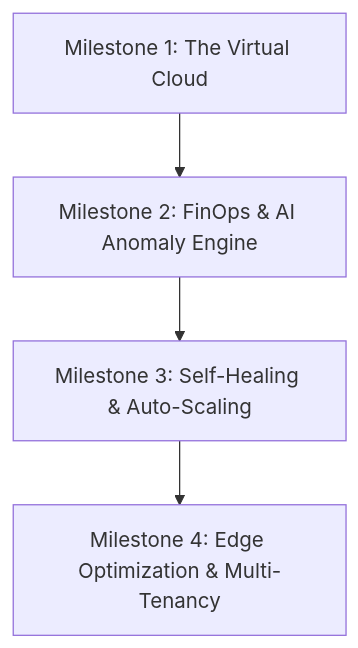
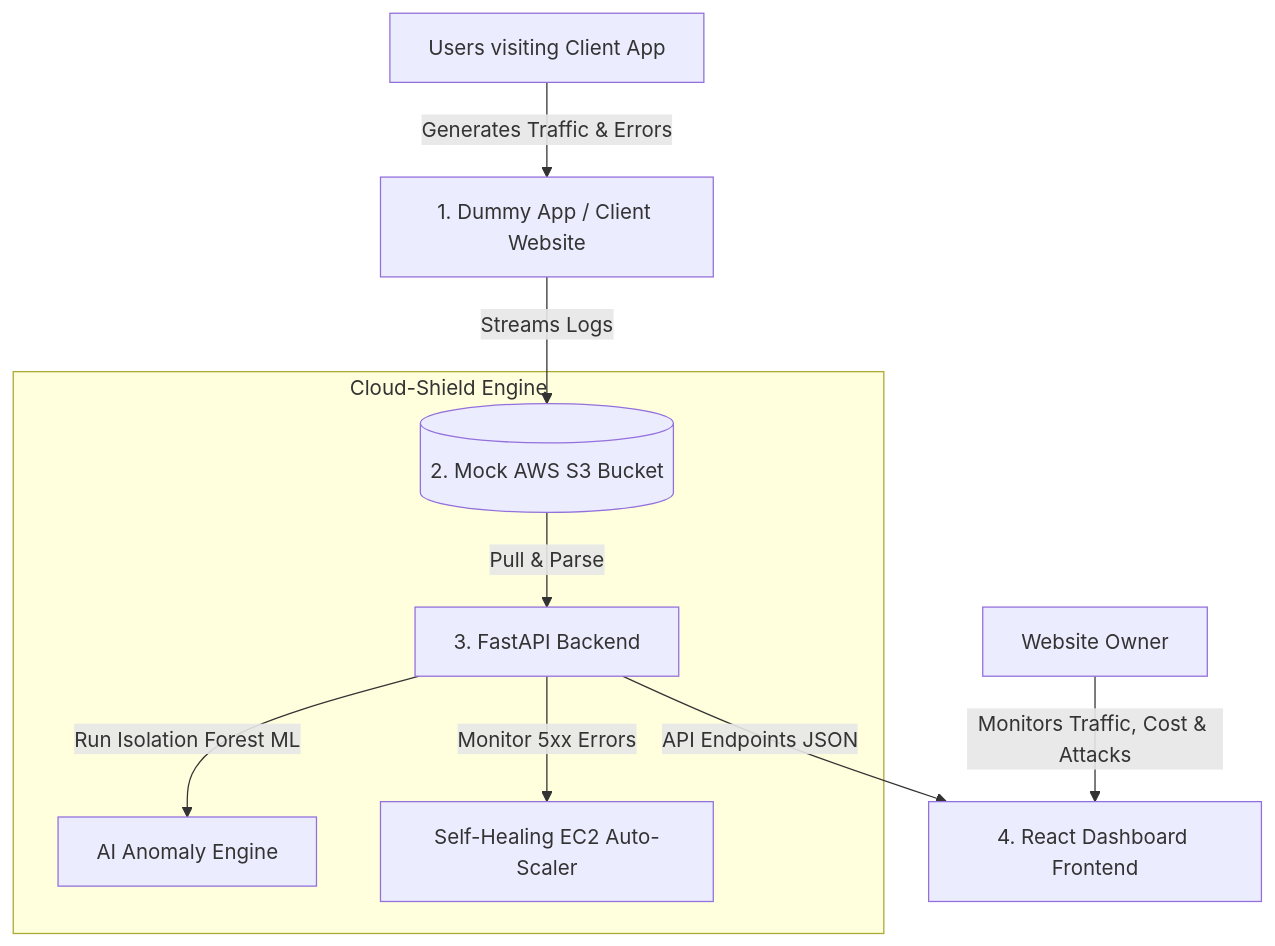
The diagram in README.md (sahilgodage05-debug/cloud-shield-ai), drawn with Mermaid before and after one commit. The commit also changed other lines of this file and 2 other files, not shown here.

Commit message:
Update architecture to SaaS with FastAPI and React dashboard, mock S3 integration

````diff
--- a/README.md
+++ b/README.md
@@ -19,6 +10,14 @@
 ```mermaid
 graph TD
-    M1[Milestone 1: The Virtual Cloud] --> M2[Milestone 2: FinOps & AI Anomaly Engine]
-    M2 --> M3[Milestone 3: Self-Healing & Auto-Scaling]
-    M3 --> M4[Milestone 4: Edge Optimization & Multi-Tenancy]
+    User[Users visiting Client App] -->|Generates Traffic & Errors| ClientApp[1. Dummy App / Client Website]
+    ClientApp -->|Streams Logs| VirtualS3[(2. Mock AWS S3 Bucket)]
+    
+    subgraph Cloud-Shield Engine
+        VirtualS3 -->|Pull & Parse| Backend[3. FastAPI Backend]
+        Backend -->|Run Isolation Forest ML| ML[AI Anomaly Engine]
+        Backend -->|Monitor 5xx Errors| AutoScale[Self-Healing EC2 Auto-Scaler]
+    end
+
+    Backend -->|API Endpoints JSON| Dashboard[4. React Dashboard Frontend]
+    Owner[Website Owner] -->|Monitors Traffic, Cost & Attacks| Dashboard
 ```
````
